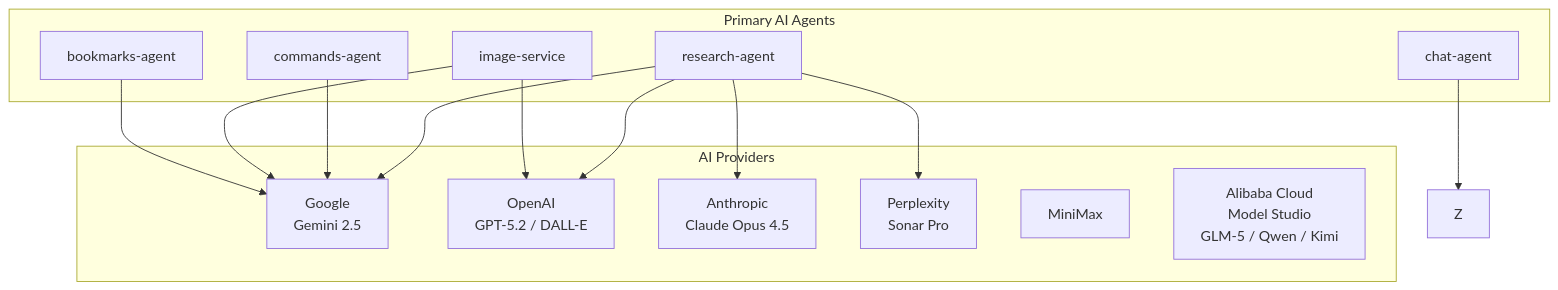
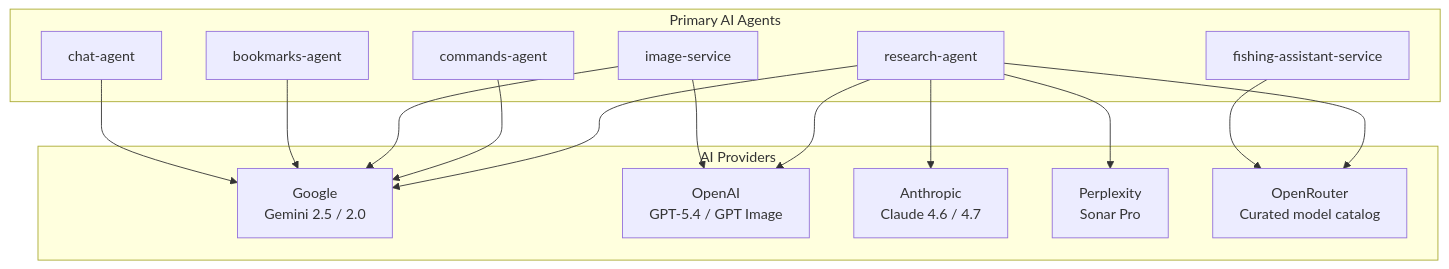
One commit to pbuchman/intexuraos changed the first of 2 diagrams in docs/services/index.md. Above: the diagram before and after it, drawn with Mermaid. The commit also changed other lines of this file and 92 other files, not shown here.

````diff
--- a/docs/services/index.md
+++ b/docs/services/index.md
@@ -102,29 +113,31 @@
 ```mermaid
 graph TB
     subgraph "AI Providers"
-        G[Google<br>Gemini 2.5]
-        O[OpenAI<br>GPT-5.2 / DALL-E]
-        A[Anthropic<br>Claude Opus 4.5]
+        G[Google<br>Gemini 2.5 / 2.0]
+        O[OpenAI<br>GPT-5.4 / GPT Image]
+        A[Anthropic<br>Claude 4.6 / 4.7]
         P[Perplexity<br>Sonar Pro]
-        MM[MiniMax]
-        AC[Alibaba Cloud<br>Model Studio<br>GLM-5 / Qwen / Kimi]
+        OR[OpenRouter<br>Curated model catalog]
     end
 
     subgraph "Primary AI Agents"
         R[research-agent]
         C[commands-agent]
         I[image-service]
         B[bookmarks-agent]
         CH[chat-agent]
+        F[fishing-assistant-service]
     end
 
     R --> G
     R --> O
     R --> A
     R --> P
+    R --> OR
     C --> G
     I --> O
     I --> G
     B --> G
-    CH --> Z
+    CH --> G
+    F --> OR
 ```
````
